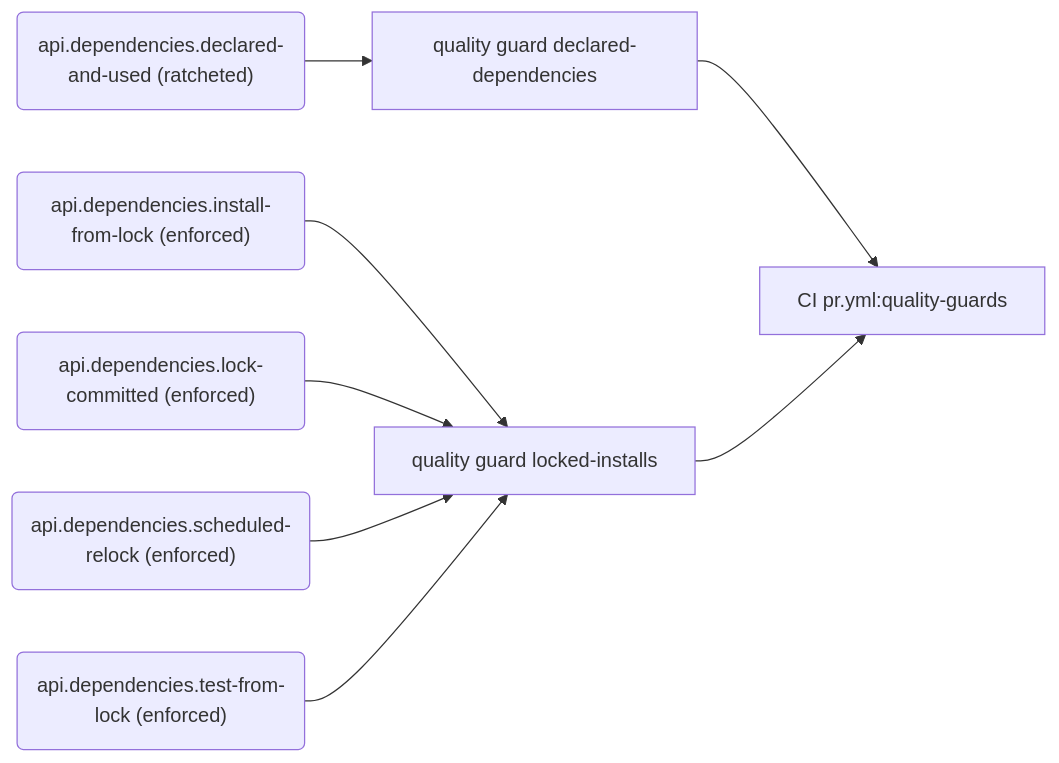
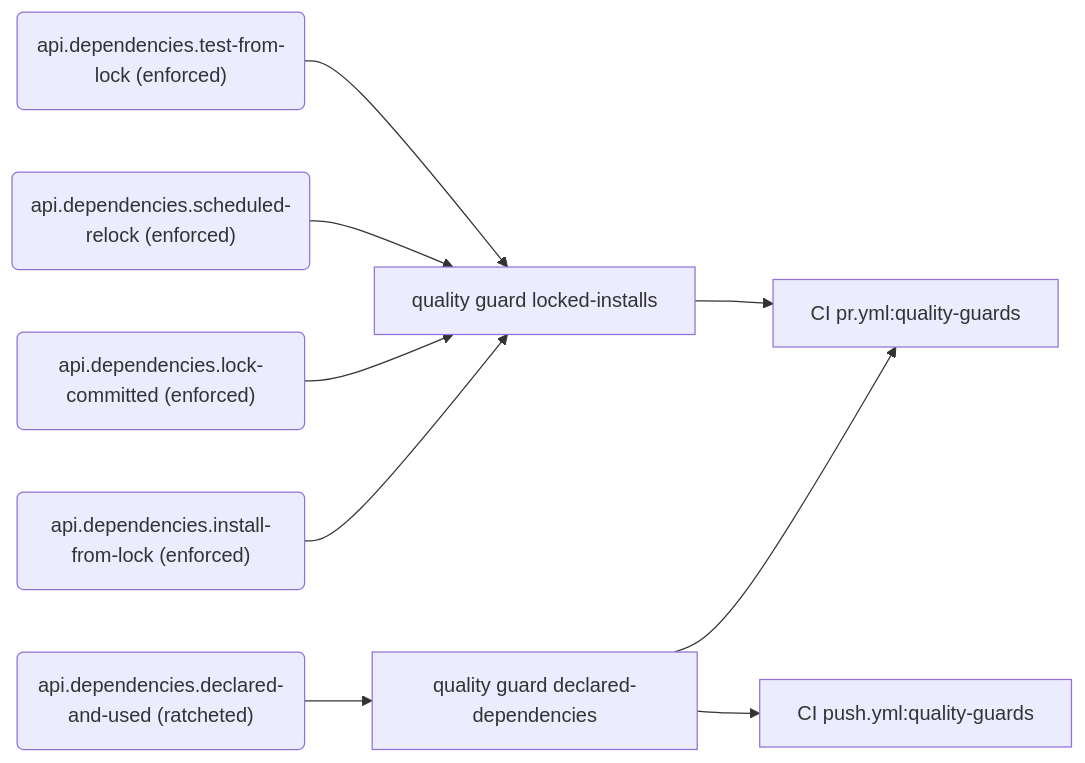
One commit to PolicyEngine/policyengine-api changed the tenth of 11 diagrams in docs/generated/rules.md. Above: the diagram before and after it, drawn with Mermaid. The commit also changed other lines of this file and 6 other files, not shown here.

First line of the commit message:
Close the declared-dependencies guard's gaps from review

````diff
--- a/docs/generated/rules.md
+++ b/docs/generated/rules.md
@@ -455,18 +455,20 @@
 ```mermaid
 flowchart LR
   r_api_dependencies_declared_and_used("api.dependencies.declared-and-used (ratcheted)")
   e_quality_guard_declared_dependencies["quality guard declared-dependencies"]
   j_CI_pr_yml_quality_guards["CI pr.yml:quality-guards"]
+  j_CI_push_yml_quality_guards["CI push.yml:quality-guards"]
   r_api_dependencies_install_from_lock("api.dependencies.install-from-lock (enforced)")
   e_quality_guard_locked_installs["quality guard locked-installs"]
   r_api_dependencies_lock_committed("api.dependencies.lock-committed (enforced)")
   r_api_dependencies_scheduled_relock("api.dependencies.scheduled-relock (enforced)")
   r_api_dependencies_test_from_lock("api.dependencies.test-from-lock (enforced)")
   r_api_dependencies_declared_and_used --> e_quality_guard_declared_dependencies
   e_quality_guard_declared_dependencies --> j_CI_pr_yml_quality_guards
+  e_quality_guard_declared_dependencies --> j_CI_push_yml_quality_guards
   r_api_dependencies_install_from_lock --> e_quality_guard_locked_installs
   e_quality_guard_locked_installs --> j_CI_pr_yml_quality_guards
   r_api_dependencies_lock_committed --> e_quality_guard_locked_installs
   r_api_dependencies_scheduled_relock --> e_quality_guard_locked_installs
   r_api_dependencies_test_from_lock --> e_quality_guard_locked_installs
 ```
````
